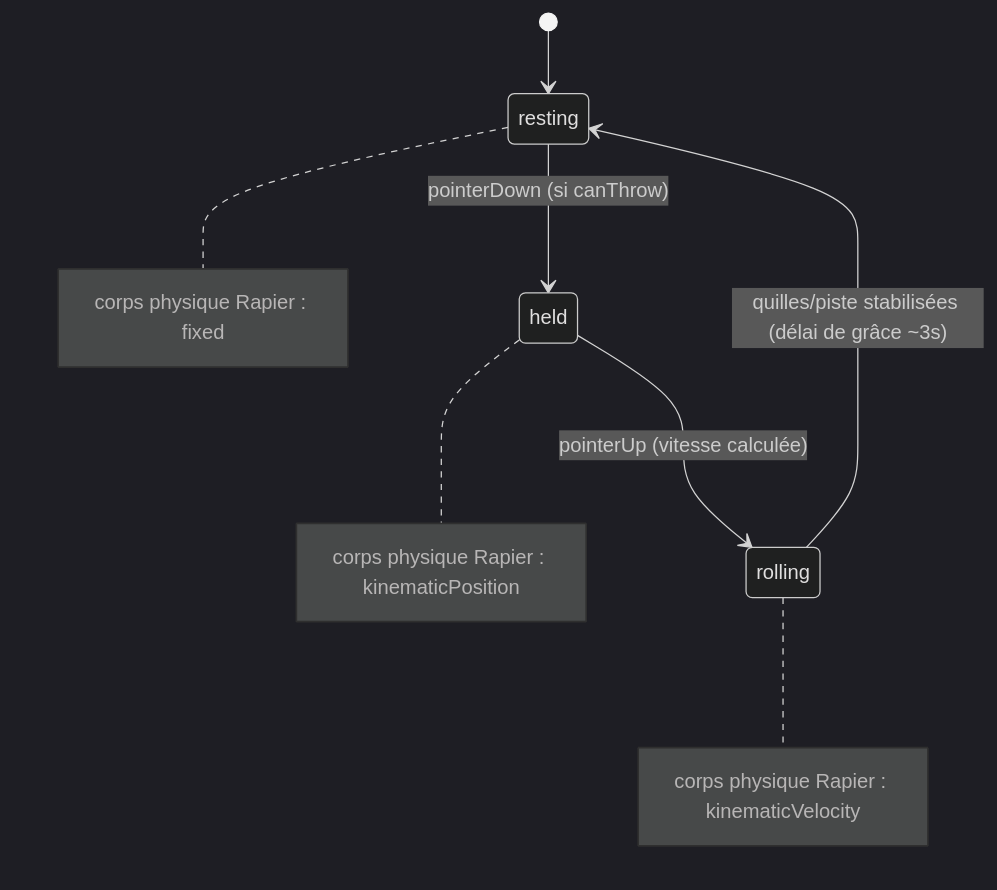
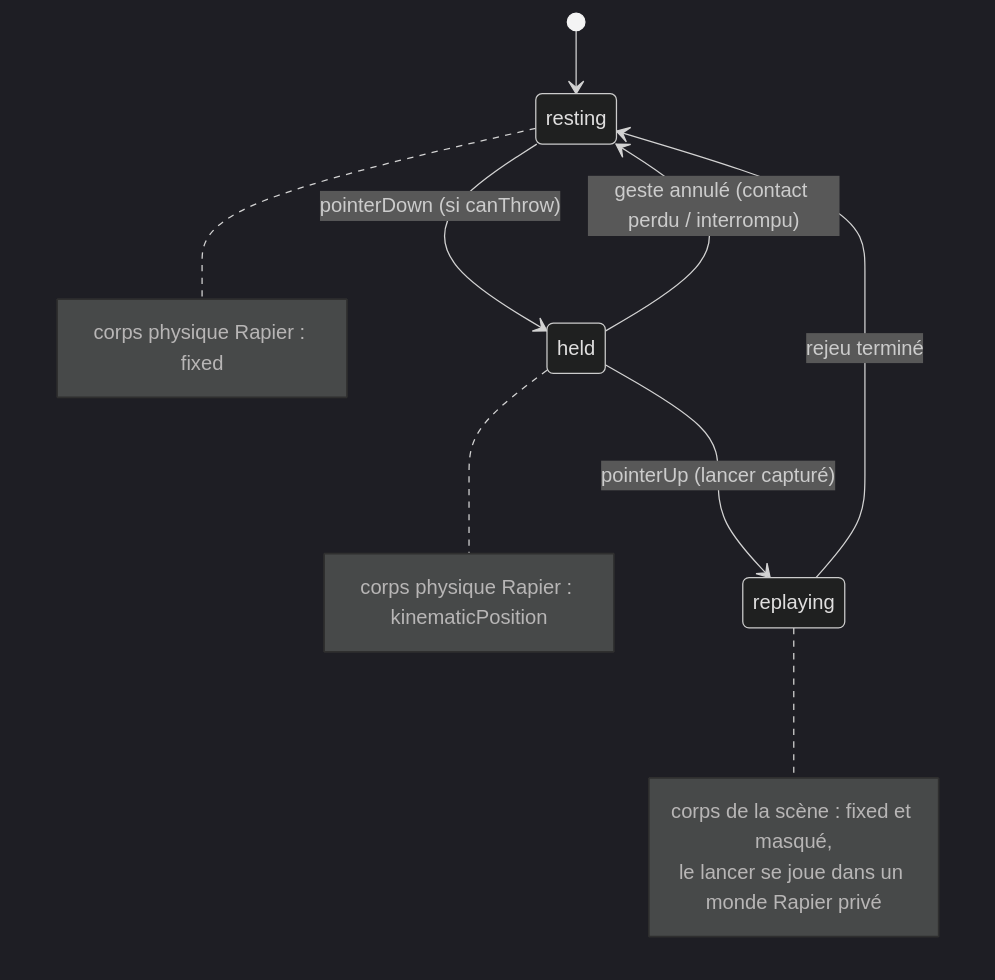
Before and after one commit to unoursmarin/SandBattle_ThrowFront: the fourth of 4 diagrams in README.md, drawn with Mermaid (dark theme). The commit also changed other lines of this file and 69 other files, not shown here.

````diff
--- a/README.md
+++ b/README.md
@@ -253,17 +275,19 @@
 ```mermaid
 stateDiagram-v2
     [*] --> resting
     resting --> held: pointerDown (si canThrow)
-    held --> rolling: pointerUp (vitesse calculée)
-    rolling --> resting: quilles/piste stabilisées (délai de grâce ~3s)
+    held --> resting: geste annulé (contact perdu / interrompu)
+    held --> replaying: pointerUp (lancer capturé)
+    replaying --> resting: rejeu terminé
 
     note right of held
         corps physique Rapier : kinematicPosition
     end note
-    note right of rolling
-        corps physique Rapier : kinematicVelocity
+    note right of replaying
+        corps de la scène : fixed et masqué,
+        le lancer se joue dans un monde Rapier privé
     end note
     note right of resting
         corps physique Rapier : fixed
     end note
 ```
````
